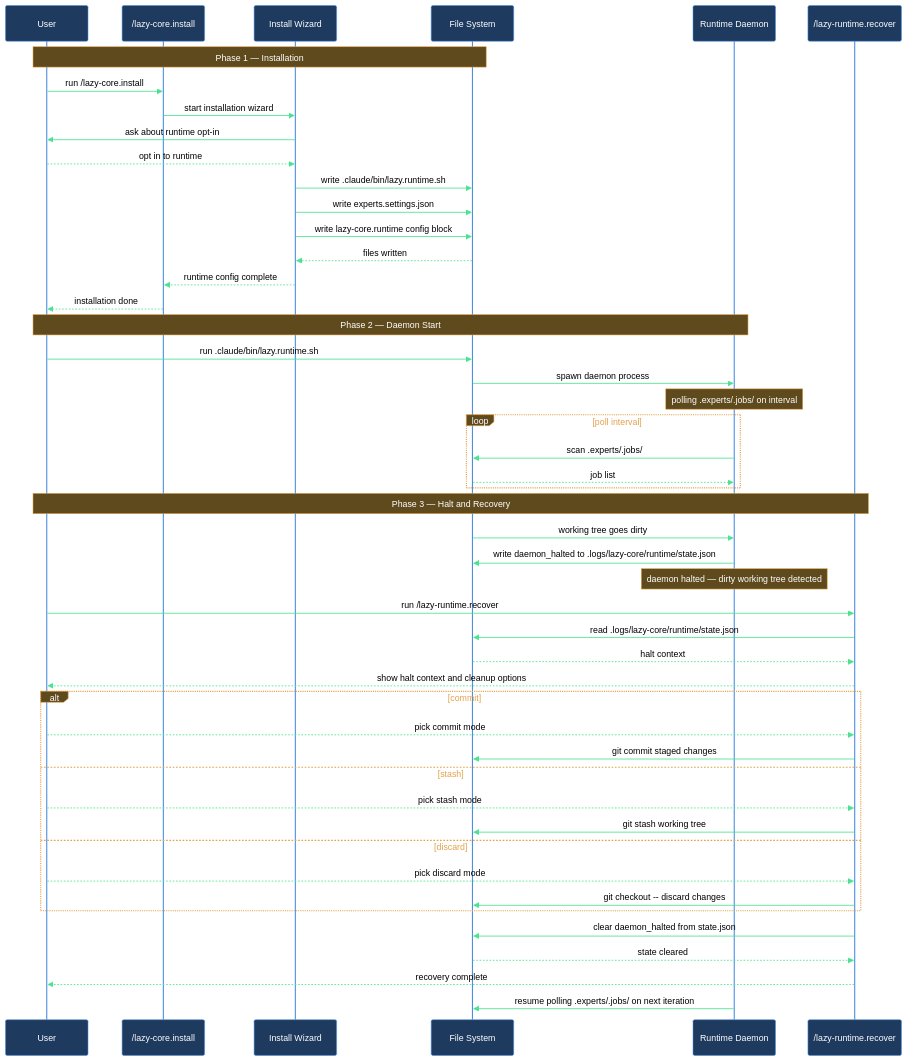
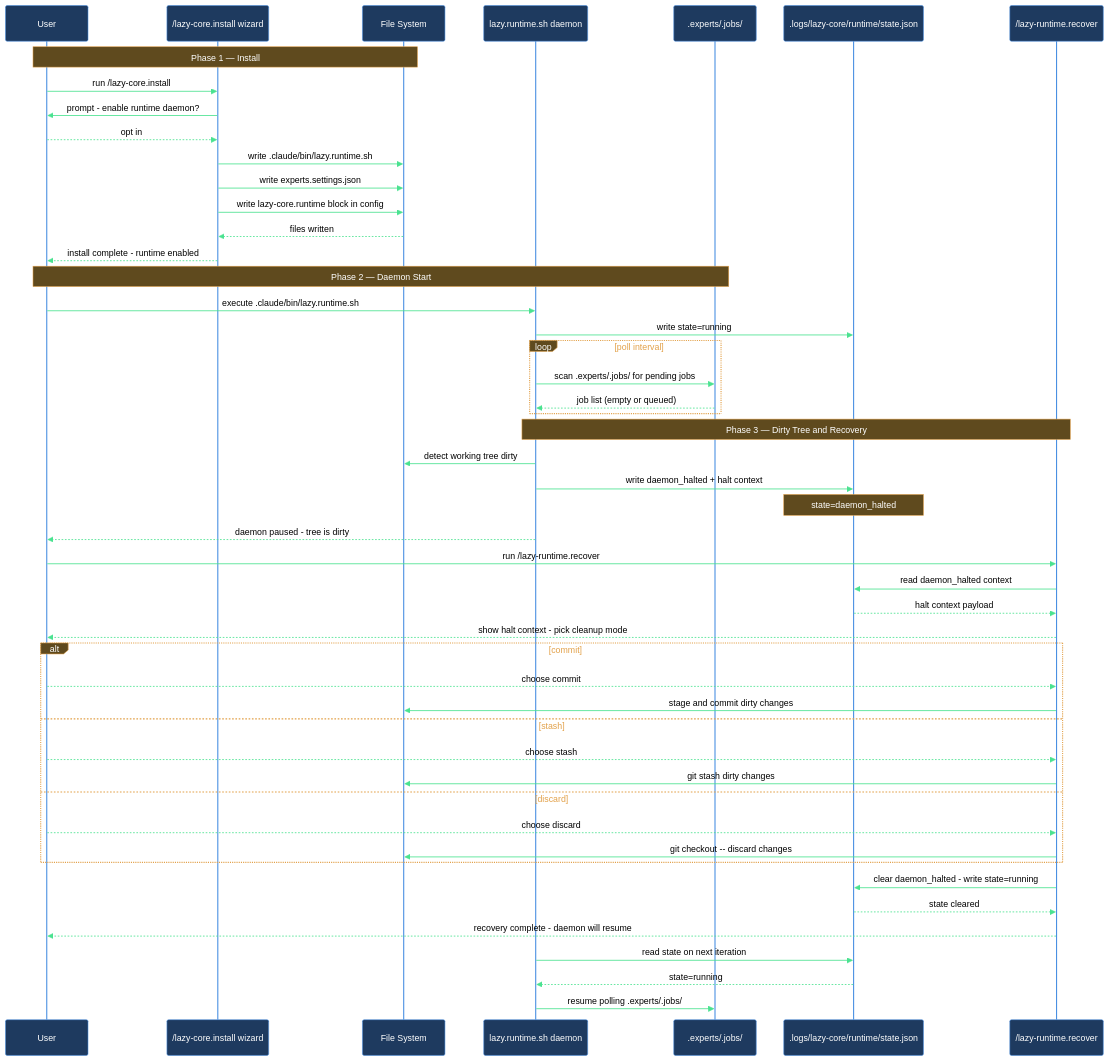
One commit to mebius-san/lazy-cortex changed the diagram in Claude/lazycortex-core/help/walkthroughs/setup-runtime.md. Above: the diagram before and after it, drawn with Mermaid. The commit also changed other lines of this file and 15 other files, not shown here.

````diff
--- a/Claude/lazycortex-core/help/walkthroughs/setup-runtime.md
+++ b/Claude/lazycortex-core/help/walkthroughs/setup-runtime.md
@@ -102,57 +104,59 @@
 ```mermaid
 %%{init: {'themeVariables':{'background':'transparent','primaryColor':'#1e3a5f','primaryBorderColor':'#4a90e2','primaryTextColor':'#fff','lineColor':'#4ae290','actorBkg':'#1e3a5f','actorBorder':'#4a90e2','actorTextColor':'#fff','actorLineColor':'#4a90e2','signalColor':'#4ae290','signalTextColor':'#000','noteBkgColor':'#5f4a1e','noteBorderColor':'#e2a14a','noteTextColor':'#fff','labelBoxBkgColor':'#5f4a1e','labelBoxBorderColor':'#e2a14a','labelTextColor':'#fff','loopTextColor':'#e2a14a'},'sequence':{'diagramPadding':5,'useMaxWidth':true}}}%%
 sequenceDiagram
   participant user as User
-  participant installSkill as /lazy-core.install
-  participant wizard as Install Wizard
+  participant installSkill as /lazy-core.install wizard
   participant fs as File System
-  participant daemon as Runtime Daemon
+  participant daemon as lazy.runtime.sh daemon
+  participant jobsDir as .experts/.jobs/
+  participant stateFile as .logs/lazy-core/runtime/state.json
   participant recoverSkill as /lazy-runtime.recover
 
-  Note over user,fs: Phase 1 — Installation
+  Note over user,fs: Phase 1 — Install
 
   user->>installSkill: run /lazy-core.install
-  installSkill->>wizard: start installation wizard
-  wizard->>user: ask about runtime opt-in
-  user-->>wizard: opt in to runtime
-  wizard->>fs: write .claude/bin/lazy.runtime.sh
-  wizard->>fs: write experts.settings.json
-  wizard->>fs: write lazy-core.runtime config block
-  fs-->>wizard: files written
-  wizard-->>installSkill: runtime config complete
-  installSkill-->>user: installation done
+  installSkill->>user: prompt - enable runtime daemon?
+  user-->>installSkill: opt in
+  installSkill->>fs: write .claude/bin/lazy.runtime.sh
+  installSkill->>fs: write experts.settings.json
+  installSkill->>fs: write lazy-core.runtime block in config
+  fs-->>installSkill: files written
+  installSkill-->>user: install complete - runtime enabled
 
-  Note over user,daemon: Phase 2 — Daemon Start
+  Note over user,jobsDir: Phase 2 — Daemon Start
 
-  user->>fs: run .claude/bin/lazy.runtime.sh
-  fs->>daemon: spawn daemon process
-  Note over daemon: polling .experts/.jobs/ on interval
+  user->>daemon: execute .claude/bin/lazy.runtime.sh
+  daemon->>stateFile: write state=running
   loop poll interval
-    daemon->>fs: scan .experts/.jobs/
-    fs-->>daemon: job list
+    daemon->>jobsDir: scan .experts/.jobs/ for pending jobs
+    jobsDir-->>daemon: job list (empty or queued)
   end
 
-  Note over user,recoverSkill: Phase 3 — Halt and Recovery
+  Note over daemon,recoverSkill: Phase 3 — Dirty Tree and Recovery
 
-  fs->>daemon: working tree goes dirty
-  daemon->>fs: write daemon_halted to .logs/lazy-core/runtime/state.json
-  Note over daemon: daemon halted — dirty working tree detected
+  daemon->>fs: detect working tree dirty
+  daemon->>stateFile: write daemon_halted + halt context
+  Note over stateFile: state=daemon_halted
+  daemon-->>user: daemon paused - tree is dirty
+
   user->>recoverSkill: run /lazy-runtime.recover
-  recoverSkill->>fs: read .logs/lazy-core/runtime/state.json
-  fs-->>recoverSkill: halt context
-  recoverSkill-->>user: show halt context and cleanup options
+  recoverSkill->>stateFile: read daemon_halted context
+  stateFile-->>recoverSkill: halt context payload
+  recoverSkill-->>user: show halt context - pick cleanup mode
   alt commit
-    user-->>recoverSkill: pick commit mode
-    recoverSkill->>fs: git commit staged changes
+    user-->>recoverSkill: choose commit
+    recoverSkill->>fs: stage and commit dirty changes
   else stash
-    user-->>recoverSkill: pick stash mode
-    recoverSkill->>fs: git stash working tree
+    user-->>recoverSkill: choose stash
+    recoverSkill->>fs: git stash dirty changes
   else discard
-    user-->>recoverSkill: pick discard mode
+    user-->>recoverSkill: choose discard
     recoverSkill->>fs: git checkout -- discard changes
   end
-  recoverSkill->>fs: clear daemon_halted from state.json
-  fs-->>recoverSkill: state cleared
-  recoverSkill-->>user: recovery complete
-  daemon->>fs: resume polling .experts/.jobs/ on next iteration
+  recoverSkill->>stateFile: clear daemon_halted - write state=running
+  stateFile-->>recoverSkill: state cleared
+  recoverSkill-->>user: recovery complete - daemon will resume
+  daemon->>stateFile: read state on next iteration
+  stateFile-->>daemon: state=running
+  daemon->>jobsDir: resume polling .experts/.jobs/
 ```
````
